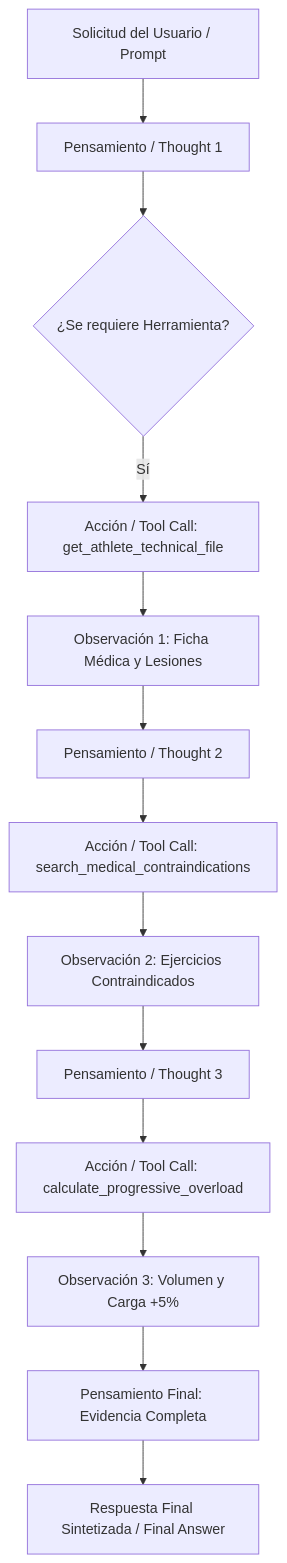
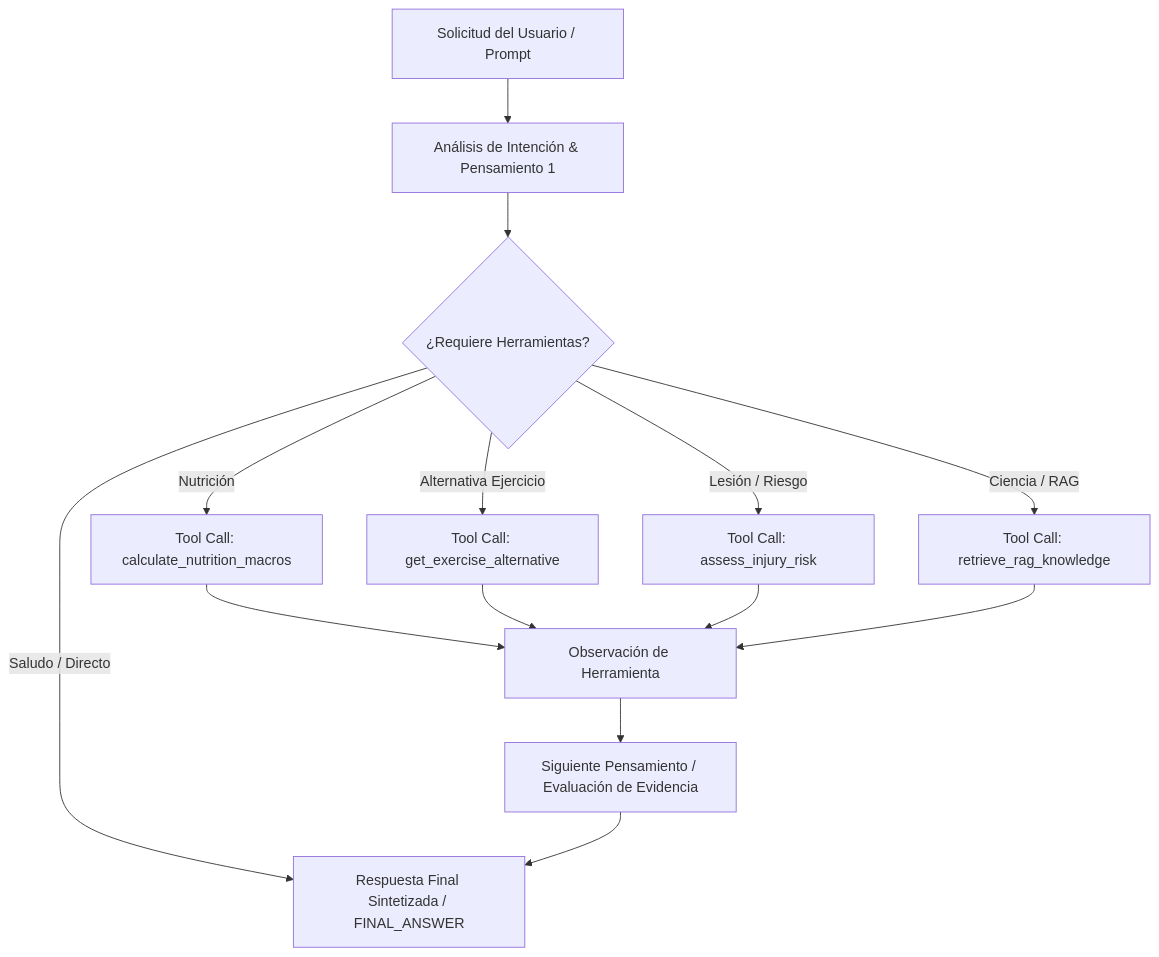
The diagram in docs/react_agent_architecture.md (YaskCode-laboratory/wellness-platform-team6), drawn with Mermaid before and after one commit. The commit also changed other lines of this file and 2 other files, not shown here.

Commit message:
fix(react): integrar ReActAgent en el flujo principal del agente y actualizar arquitectura (#16)

````diff
--- a/docs/react_agent_architecture.md
+++ b/docs/react_agent_architecture.md
@@ -10,15 +12,13 @@
 ```mermaid
 flowchart TD
-    A[Solicitud del Usuario / Prompt] --> B[Pensamiento / Thought 1]
-    B --> C{¿Se requiere Herramienta?}
-    C -- Sí --> D[Acción / Tool Call: get_athlete_technical_file]
-    D --> E[Observación 1: Ficha Médica y Lesiones]
-    E --> F[Pensamiento / Thought 2]
-    F --> G[Acción / Tool Call: search_medical_contraindications]
-    G --> H[Observación 2: Ejercicios Contraindicados]
-    H --> I[Pensamiento / Thought 3]
-    I --> J[Acción / Tool Call: calculate_progressive_overload]
-    J --> K[Observación 3: Volumen y Carga +5%]
-    K --> L[Pensamiento Final: Evidencia Completa]
-    L --> M[Respuesta Final Sintetizada / Final Answer]
+    A[Solicitud del Usuario / Prompt] --> B[Análisis de Intención & Pensamiento 1]
+    B --> C{¿Requiere Herramientas?}
+    C -- Nutrición --> D1[Tool Call: calculate_nutrition_macros]
+    C -- Alternativa Ejercicio --> D2[Tool Call: get_exercise_alternative]
+    C -- Lesión / Riesgo --> D3[Tool Call: assess_injury_risk]
+    C -- Ciencia / RAG --> D4[Tool Call: retrieve_rag_knowledge]
+    C -- Saludo / Directo --> F[Respuesta Directa / FINAL_ANSWER]
+    D1 & D2 & D3 & D4 --> E[Observación de Herramienta]
+    E --> G[Siguiente Pensamiento / Evaluación de Evidencia]
+    G --> F[Respuesta Final Sintetizada / FINAL_ANSWER]
 ```
````
